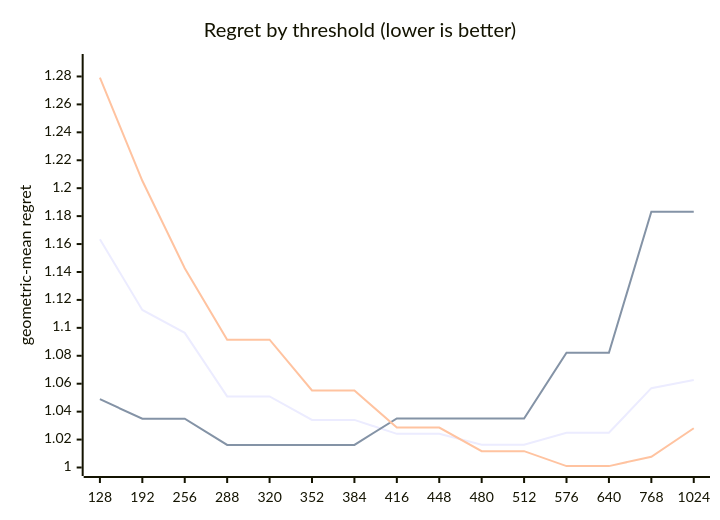
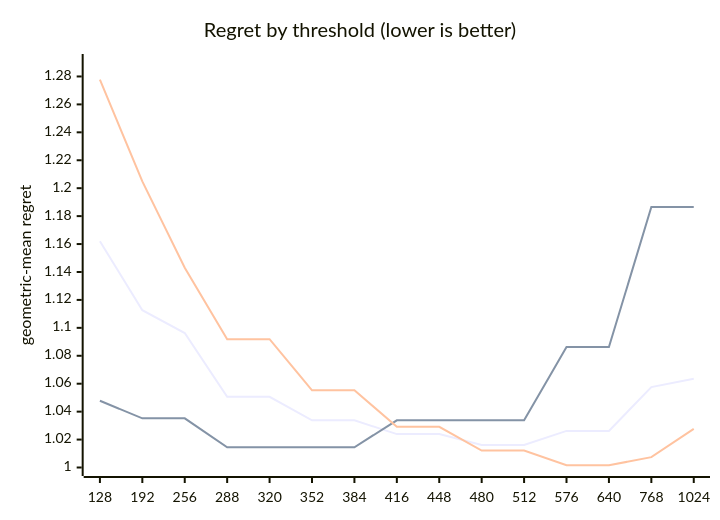
The diagram in docs/results/apple-m5-pro-20gpu/combined/qr/report.md (c0rmac/metal-linalg), drawn with Mermaid before and after one commit. The commit also changed other lines of this file and 77 other files, not shown here.

````diff
--- a/docs/results/apple-m5-pro-20gpu/combined/qr/report.md
+++ b/docs/results/apple-m5-pro-20gpu/combined/qr/report.md
@@ -79,9 +79,9 @@
 ```mermaid
 xychart-beta
     title "Regret by threshold (lower is better)"
     x-axis [128, 192, 256, 288, 320, 352, 384, 416, 448, 480, 512, 576, 640, 768, 1024]
     y-axis "geometric-mean regret" 1.0 --> 1.29
-    line [1.1635, 1.1128, 1.0964, 1.0509, 1.0509, 1.0341, 1.0341, 1.0241, 1.0241, 1.0163, 1.0163, 1.0249, 1.0249, 1.0568, 1.0627]
-    line [1.0489, 1.0349, 1.0349, 1.0162, 1.0162, 1.0162, 1.0162, 1.0351, 1.0351, 1.0351, 1.0351, 1.0822, 1.0822, 1.1831, 1.1831]
-    line [1.2791, 1.2053, 1.1427, 1.0915, 1.0915, 1.0552, 1.0552, 1.0286, 1.0286, 1.0117, 1.0117, 1.0010, 1.0010, 1.0077, 1.0281]
+    line [1.1620, 1.1126, 1.0963, 1.0506, 1.0506, 1.0338, 1.0338, 1.0239, 1.0239, 1.0161, 1.0161, 1.0262, 1.0262, 1.0576, 1.0635]
+    line [1.0478, 1.0352, 1.0352, 1.0145, 1.0145, 1.0145, 1.0145, 1.0338, 1.0338, 1.0338, 1.0338, 1.0862, 1.0862, 1.1865, 1.1865]
+    line [1.2777, 1.2049, 1.1431, 1.0919, 1.0919, 1.0553, 1.0553, 1.0291, 1.0291, 1.0121, 1.0121, 1.0016, 1.0016, 1.0074, 1.0276]
 ```
````
